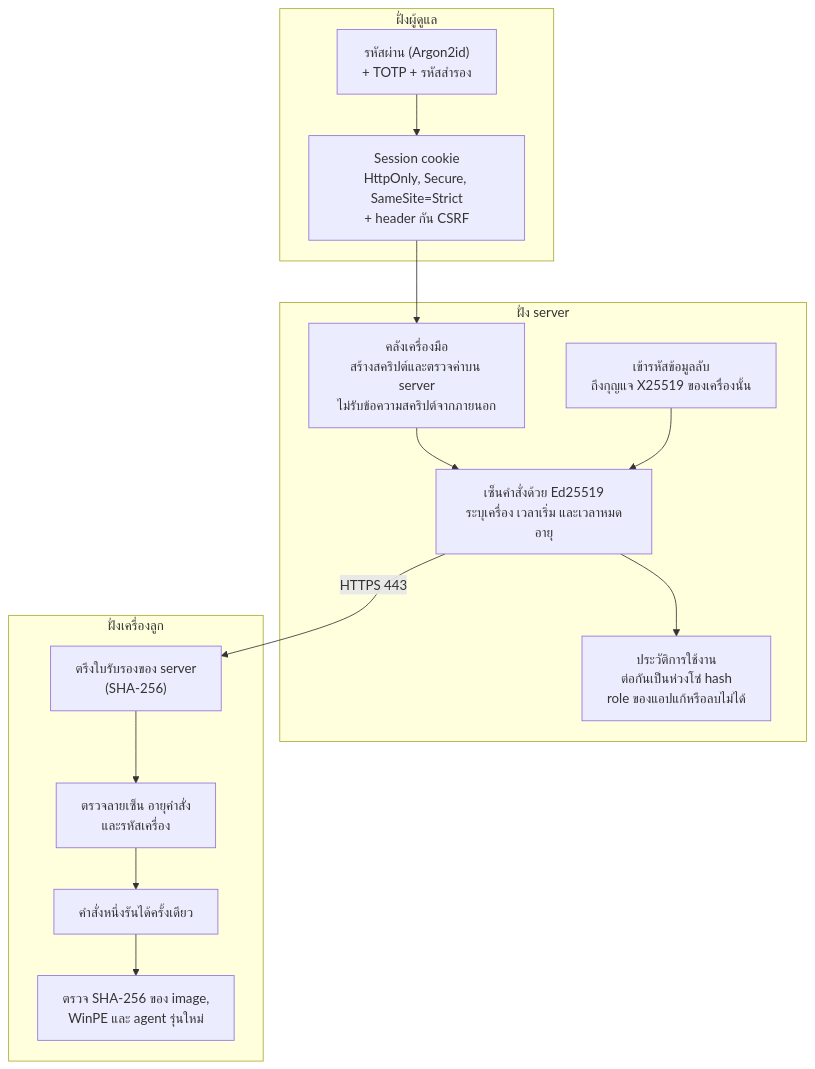
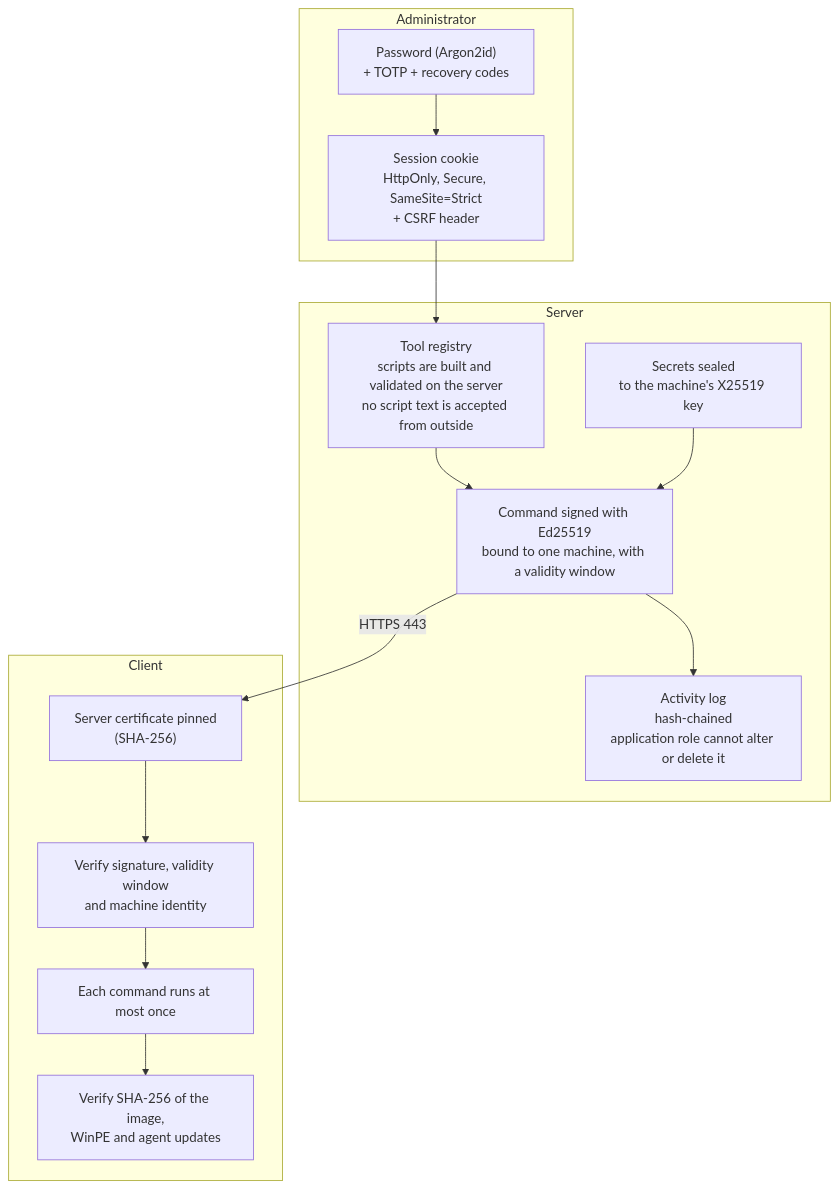
The fifth of 5 diagrams in README.md (bluebox-dev/Swim), drawn with Mermaid before and after one commit. The commit also changed other lines of this file and 28 other files, not shown here.

````diff
--- a/README.md
+++ b/README.md
@@ -201,28 +214,28 @@
 ```mermaid
 flowchart TB
-    subgraph adminside["ฝั่งผู้ดูแล"]
-        login["รหัสผ่าน (Argon2id)<br/>+ TOTP + รหัสสำรอง"]
-        session["Session cookie<br/>HttpOnly, Secure, SameSite=Strict<br/>+ header กัน CSRF"]
+    subgraph adminside["Administrator"]
+        login["Password (Argon2id)<br/>+ TOTP + recovery codes"]
+        session["Session cookie<br/>HttpOnly, Secure, SameSite=Strict<br/>+ CSRF header"]
         login --> session
     end
 
-    subgraph serverside["ฝั่ง server"]
-        tools["คลังเครื่องมือ<br/>สร้างสคริปต์และตรวจค่าบน server<br/>ไม่รับข้อความสคริปต์จากภายนอก"]
-        seal["เข้ารหัสข้อมูลลับ<br/>ถึงกุญแจ X25519 ของเครื่องนั้น"]
-        sign["เซ็นคำสั่งด้วย Ed25519<br/>ระบุเครื่อง เวลาเริ่ม และเวลาหมดอายุ"]
-        audit["ประวัติการใช้งาน<br/>ต่อกันเป็นห่วงโซ่ hash<br/>role ของแอปแก้หรือลบไม่ได้"]
+    subgraph serverside["Server"]
+        tools["Tool registry<br/>scripts are built and validated on the server<br/>no script text is accepted from outside"]
+        seal["Secrets sealed<br/>to the machine's X25519 key"]
+        sign["Command signed with Ed25519<br/>bound to one machine, with a validity window"]
+        audit["Activity log<br/>hash-chained<br/>application role cannot alter or delete it"]
         tools --> sign --> audit
         seal --> sign
     end
 
-    subgraph agentside["ฝั่งเครื่องลูก"]
-        pin["ตรึงใบรับรองของ server<br/>(SHA-256)"]
-        verify["ตรวจลายเซ็น อายุคำสั่ง<br/>และรหัสเครื่อง"]
-        replay["คำสั่งหนึ่งรันได้ครั้งเดียว"]
-        hash["ตรวจ SHA-256 ของ image,<br/>WinPE และ agent รุ่นใหม่"]
+    subgraph agentside["Client"]
+        pin["Server certificate pinned<br/>(SHA-256)"]
+        verify["Verify signature, validity window<br/>and machine identity"]
+        replay["Each command runs at most once"]
+        hash["Verify SHA-256 of the image,<br/>WinPE and agent updates"]
         pin --> verify --> replay --> hash
     end
 
     session --> tools
     sign -- "HTTPS 443" --> pin
 ```
````
